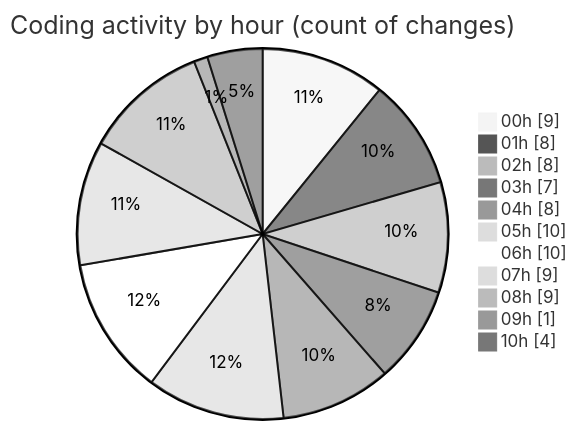
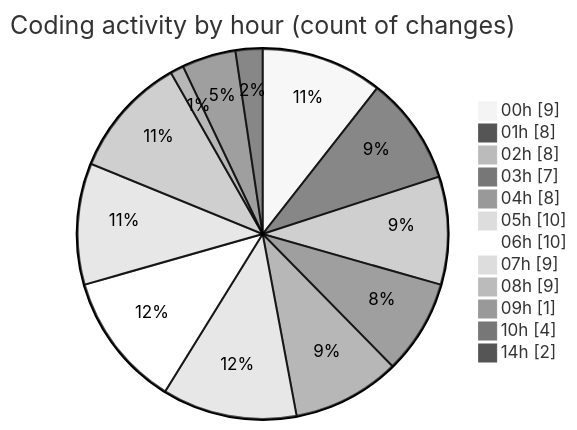
One commit to jrari/code-tracking changed the second of 2 diagrams in 2025-07-14/telebot/README.md. Above: the diagram before and after it, drawn with Mermaid (neutral theme). The commit also changed other lines of this file and 1 other file, not shown here.

````diff
--- a/2025-07-14/telebot/README.md
+++ b/2025-07-14/telebot/README.md
@@ -61,15 +61,16 @@
 ```mermaid
 pie showData
 title Coding activity by hour (count of changes)
 "00h" : 9
 "01h" : 8
 "02h" : 8
 "03h" : 7
 "04h" : 8
 "05h" : 10
 "06h" : 10
 "07h" : 9
 "08h" : 9
 "09h" : 1
 "10h" : 4
+"14h" : 2
 ```
````
